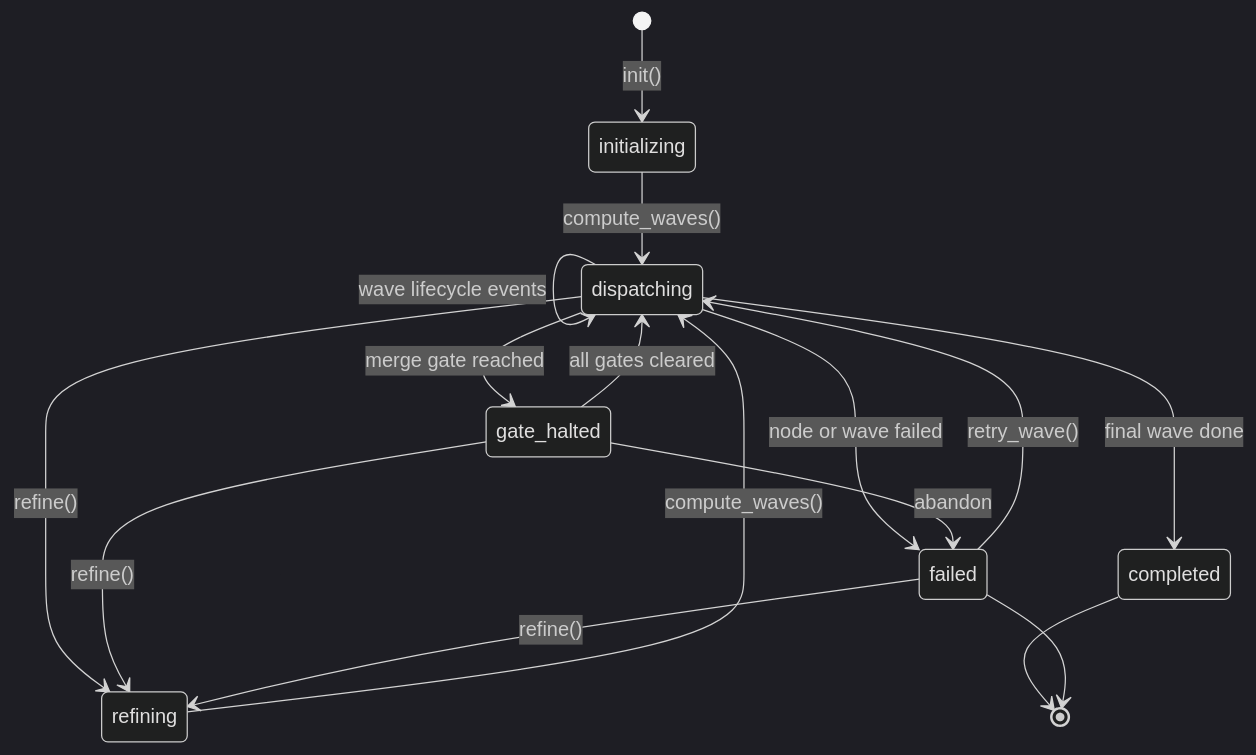
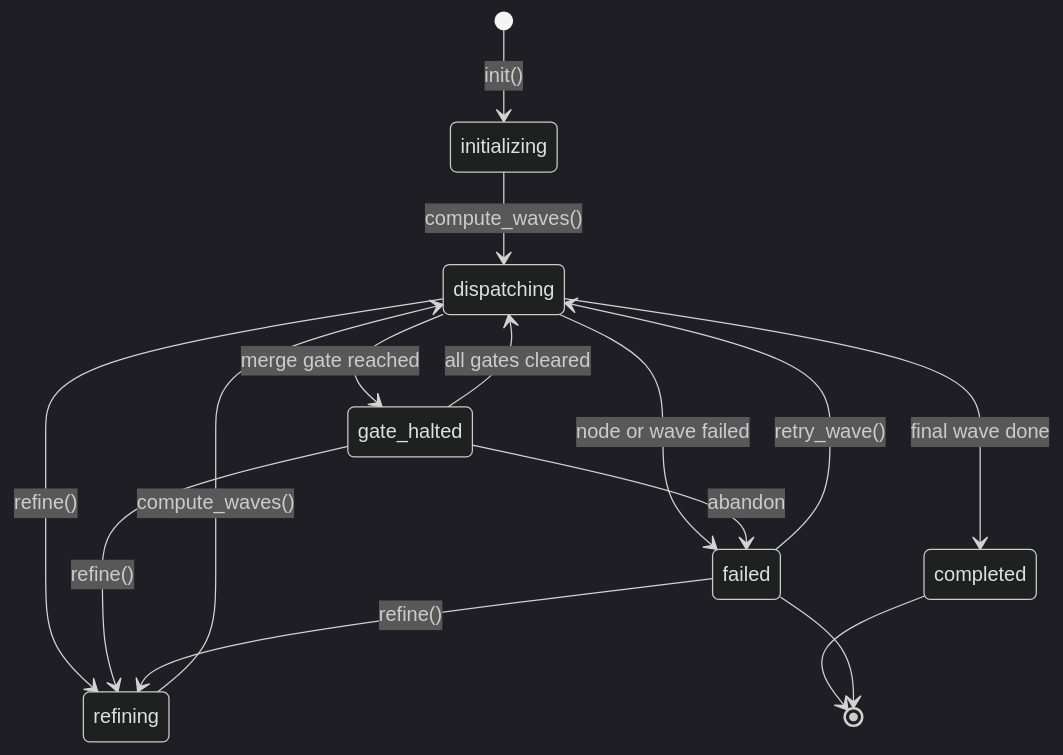
Before and after one commit to benediktms/unimatrix: the first of 3 diagrams in src/skills/borgcube/BORGCUBE.md, drawn with Mermaid (dark theme).

Commit message:
fix(docs): remove self-loop from state diagram
The dispatching --> dispatching self-loop renders as disconnected arms
in GitHub's Mermaid. Removed — internal lifecycle events are documented
in the state descriptions instead.

````diff
--- a/src/skills/borgcube/BORGCUBE.md
+++ b/src/skills/borgcube/BORGCUBE.md
@@ -25,18 +25,17 @@
 ```mermaid
 stateDiagram-v2
     [*] --> initializing: init()
     initializing --> dispatching: compute_waves()
-    dispatching --> dispatching: wave lifecycle events
     dispatching --> gate_halted: merge gate reached
     dispatching --> completed: final wave done
     dispatching --> failed: node or wave failed
     dispatching --> refining: refine()
     gate_halted --> dispatching: all gates cleared
     gate_halted --> refining: refine()
     gate_halted --> failed: abandon
     failed --> dispatching: retry_wave()
     failed --> refining: refine()
     refining --> dispatching: compute_waves()
     completed --> [*]
     failed --> [*]
 ```
````
